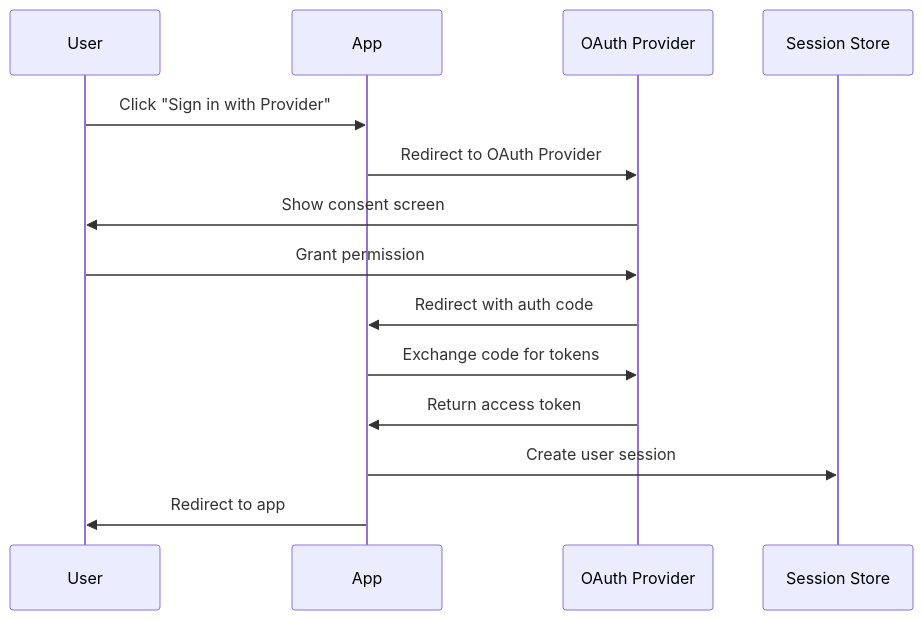
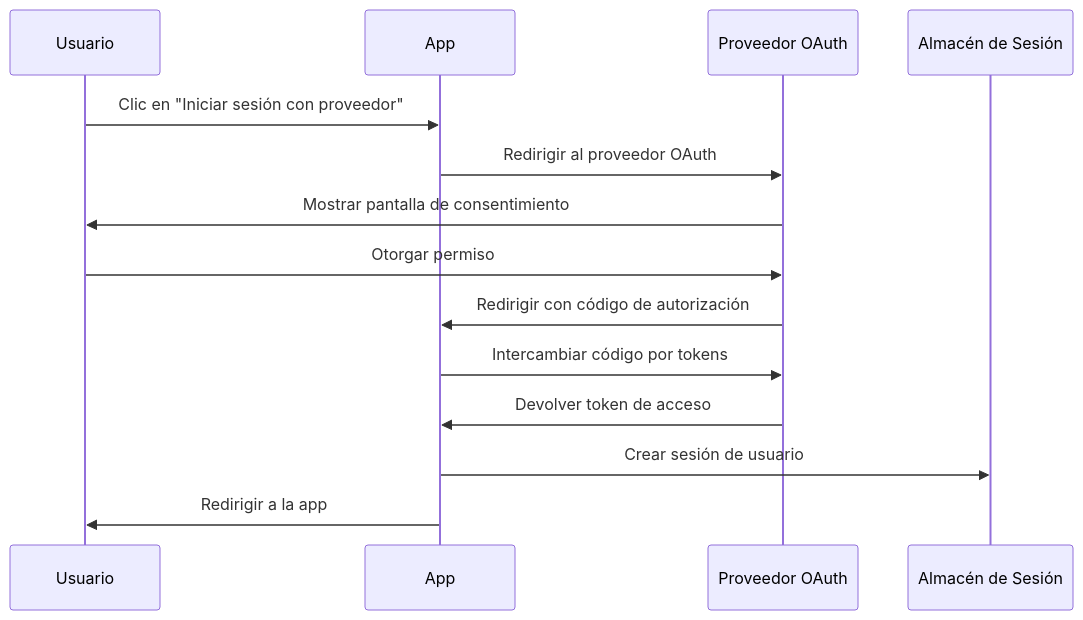
The second of 2 diagrams in apps/docs/i18n/es/docusaurus-plugin-content-docs-template/current/authentication/overview.md (ever-works/directory-web-template), drawn with Mermaid before and after one commit. The commit also changed other lines of this file and 653 other files, not shown here.

````diff
--- a/apps/docs/i18n/es/docusaurus-plugin-content-docs-template/current/authentication/overview.md
+++ b/apps/docs/i18n/es/docusaurus-plugin-content-docs-template/current/authentication/overview.md
@@ -78,17 +84,17 @@
 ```mermaid
 sequenceDiagram
-    participant U as User
+    participant U as Usuario
     participant A as App
-    participant P as OAuth Provider
-    participant S as Session Store
+    participant P as Proveedor OAuth
+    participant S as Almacén de Sesión
 
-    U->>A: Click "Sign in with Provider"
-    A->>P: Redirect to OAuth Provider
-    P->>U: Show consent screen
-    U->>P: Grant permission
-    P->>A: Redirect with auth code
-    A->>P: Exchange code for tokens
-    P->>A: Return access token
-    A->>S: Create user session
-    A->>U: Redirect to app
+    U->>A: Clic en "Iniciar sesión con proveedor"
+    A->>P: Redirigir al proveedor OAuth
+    P->>U: Mostrar pantalla de consentimiento
+    U->>P: Otorgar permiso
+    P->>A: Redirigir con código de autorización
+    A->>P: Intercambiar código por tokens
+    P->>A: Devolver token de acceso
+    A->>S: Crear sesión de usuario
+    A->>U: Redirigir a la app
 ```
````
